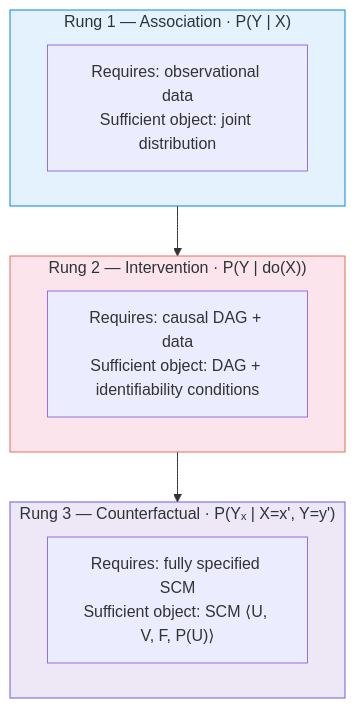
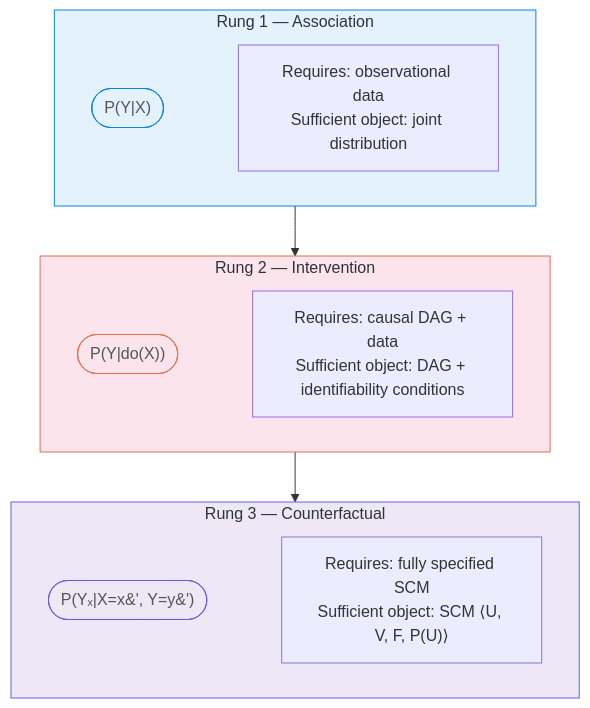
Before and after one commit to dimitarpg13/agentic_architectures_and_design_patterns: the second of 16 diagrams in notebooks/causal_inference/building_SCM.md, drawn with Mermaid. The commit also changed other lines of this file, not shown here.

Commit message:
update SCM

````diff
--- a/notebooks/causal_inference/building_SCM.md
+++ b/notebooks/causal_inference/building_SCM.md
@@ -77,20 +81,29 @@
 ```mermaid
 graph TD
-    subgraph Rung1["Rung 1 — Association · P(Y | X)<br/>&nbsp;"]
+    subgraph Rung1["Rung 1 — Association"]
+        R1a(["P#40;Y#124;X#41;"])
         R1["Requires: observational data<br/>Sufficient object: joint distribution"]
+        R1a ~~~ R1
     end
 
-    subgraph Rung2["Rung 2 — Intervention · P(Y | do(X))<br/>&nbsp;"]
+    subgraph Rung2["Rung 2 — Intervention"]
+        R2a(["P#40;Y#124;do#40;X#41;#41;"])
         R2["Requires: causal DAG + data<br/>Sufficient object: DAG + identifiability conditions"]
+        R2a ~~~ R2
     end
 
-    subgraph Rung3["Rung 3 — Counterfactual · P(Yₓ | X=x', Y=y')<br/>&nbsp;"]
-        R3["Requires: fully specified SCM<br/>Sufficient object: SCM ⟨U, V, F, P(U)⟩"]
+    subgraph Rung3["Rung 3 — Counterfactual"]
+        R3a(["P#40;Yₓ#124;X=x&#39;, Y=y&#39;#41;"])
+        R3["Requires: fully specified SCM<br/>Sufficient object: SCM ⟨U, V, F, P#40;U#41;⟩"]
+        R3a ~~~ R3
     end
 
     Rung1 --> Rung2 --> Rung3
 
+    style R1a fill:#e3f2fd,stroke:#0984e3,color:#555
+    style R2a fill:#fce4ec,stroke:#e17055,color:#555
+    style R3a fill:#ede7f6,stroke:#6c5ce7,color:#555
     style Rung1 fill:#e3f2fd,stroke:#0984e3,color:#2d3436
     style Rung2 fill:#fce4ec,stroke:#e17055,color:#2d3436
     style Rung3 fill:#ede7f6,stroke:#6c5ce7,color:#2d3436
 ```
````
